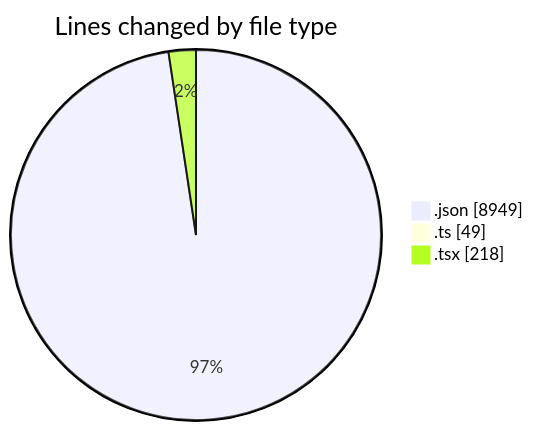
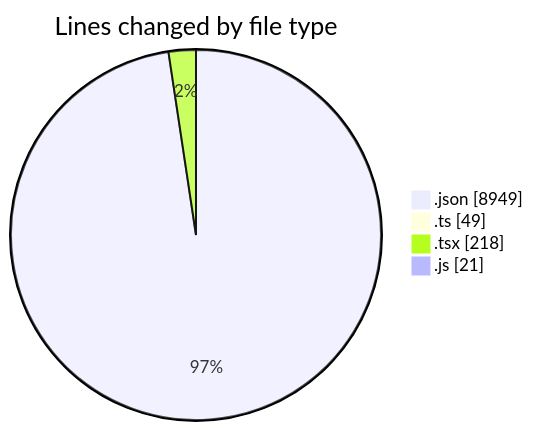
The first of 2 diagrams in 2025-05-22/expensetracker/README.md (Ritupan-Deka/code-tracking), drawn with Mermaid before and after one commit. The commit also changed other lines of this file and 1 other file, not shown here.

````diff
--- a/2025-05-22/expensetracker/README.md
+++ b/2025-05-22/expensetracker/README.md
@@ -24,7 +25,8 @@
 ```mermaid
 pie showData
 title Lines changed by file type
 ".json" : 8949
 ".ts" : 49
 ".tsx" : 218
+".js" : 21
 ```
````
